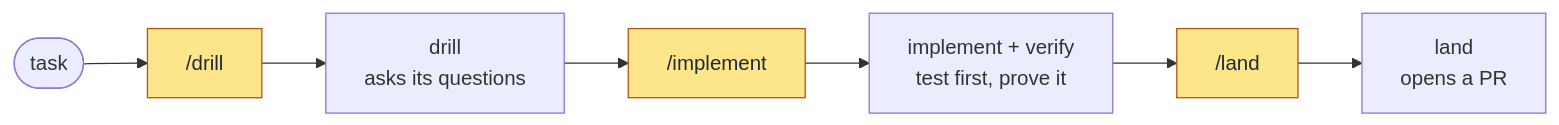
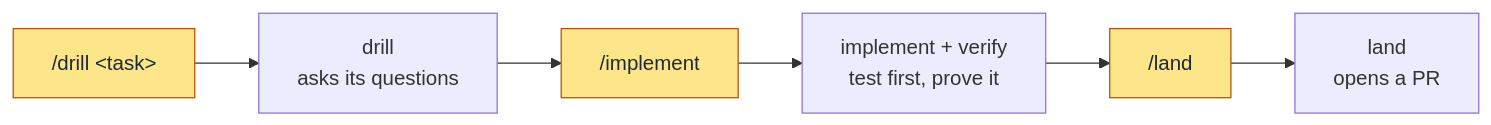
Before and after one commit to pwguler/skills: the first of 2 diagrams in README.md, drawn with Mermaid. The commit also changed other lines of this file, not shown here.

Commit message:
readme: start each flow at the command you type, /drill <task> or /auto <task>
The separate task node goes; the first box of each flow is the command with its task. Rendered with mermaid-cli and read before committing.

````diff
--- a/README.md
+++ b/README.md
@@ -57,11 +57,10 @@
 ```mermaid
 flowchart LR
-    task([task]) --> y1["/drill"]
-    y1 --> drill["drill<br/>asks its questions"]
+    y1["/drill #lt;task#gt;"] --> drill["drill<br/>asks its questions"]
     drill --> y2["/implement"]
     y2 --> impl["implement + verify<br/>test first, prove it"]
     impl --> y3["/land"]
     y3 --> land["land<br/>opens a PR"]
     classDef you fill:#fde68a,stroke:#b45309,color:#1f2937
     class y1,y2,y3 you
 ```
````
